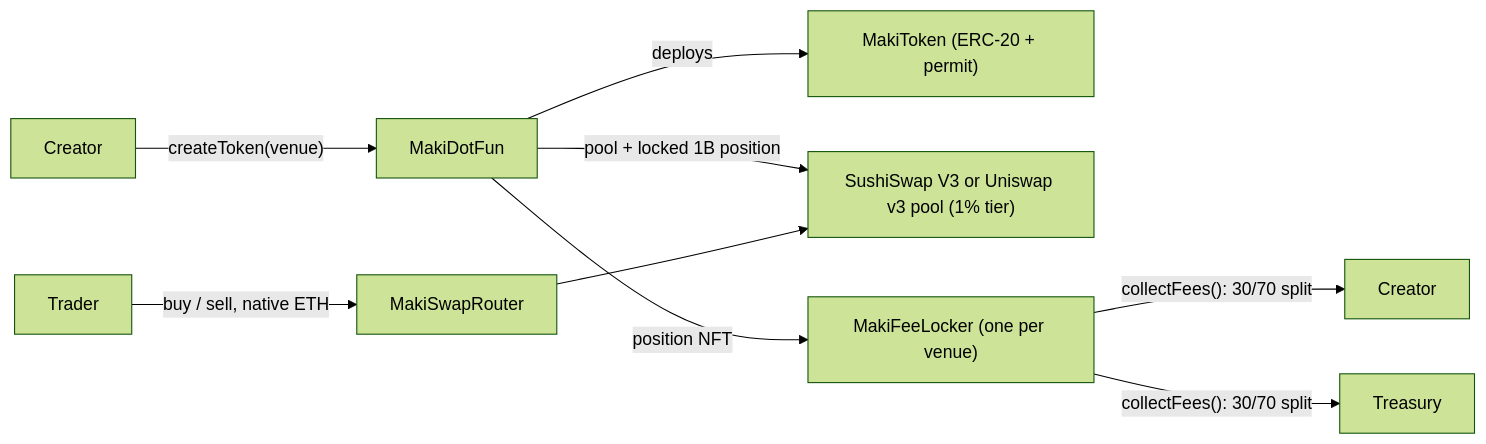
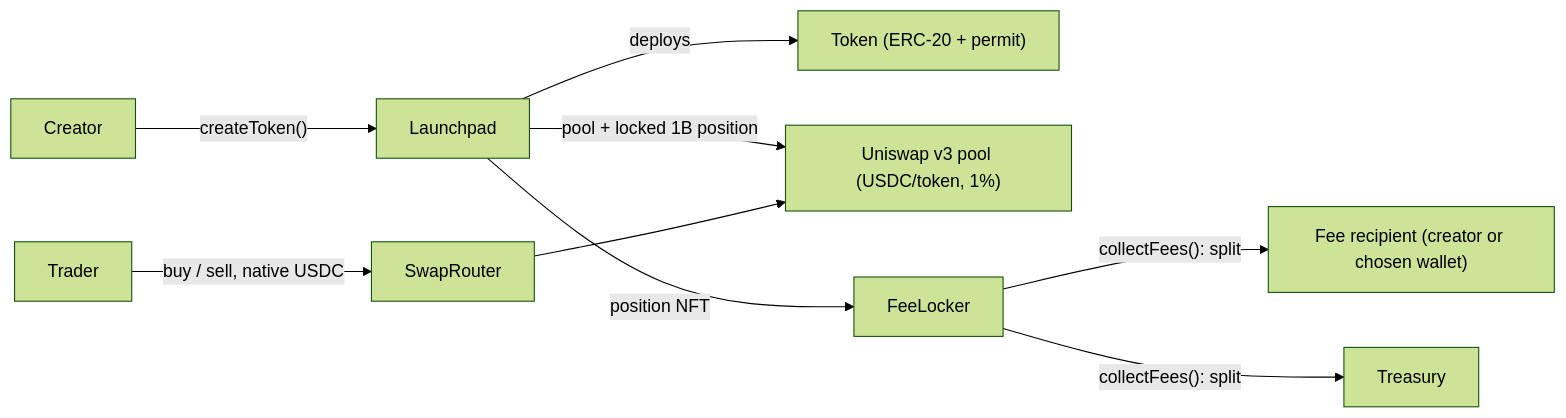
Before and after one commit to 0xAtaraxos/veto-docs: the diagram in developers/overview.mdx, drawn with Mermaid (forest theme). The commit also changed other lines of this file and 20 other files, not shown here.

Commit message:
Docs: Arc, USDC, Uniswap-only, 50% creator share, @vetodotfun/sdk, token-creation integration guide

````diff
--- a/developers/overview.mdx
+++ b/developers/overview.mdx
@@ -45,9 +53,9 @@
 ```mermaid
 flowchart LR
-    Creator -- "createToken(venue)" --> LP[MakiDotFun]
-    LP -- deploys --> T["MakiToken (ERC-20 + permit)"]
-    LP -- "pool + locked 1B position" --> POOL["SushiSwap V3 or Uniswap v3 pool (1% tier)"]
-    LP -- "position NFT" --> FL["MakiFeeLocker (one per venue)"]
-    Trader -- "buy / sell, native ETH" --> R[MakiSwapRouter] --> POOL
-    FL -- "collectFees(): 30/70 split" --> Creator2[Creator] & Treasury
+    Creator -- "createToken()" --> LP[Launchpad]
+    LP -- deploys --> T["Token (ERC-20 + permit)"]
+    LP -- "pool + locked 1B position" --> POOL["Uniswap v3 pool (USDC/token, 1%)"]
+    LP -- "position NFT" --> FL[FeeLocker]
+    Trader -- "buy / sell, native USDC" --> R[SwapRouter] --> POOL
+    FL -- "collectFees(): split" --> Recipient["Fee recipient (creator or chosen wallet)"] & Treasury
 ```
````
